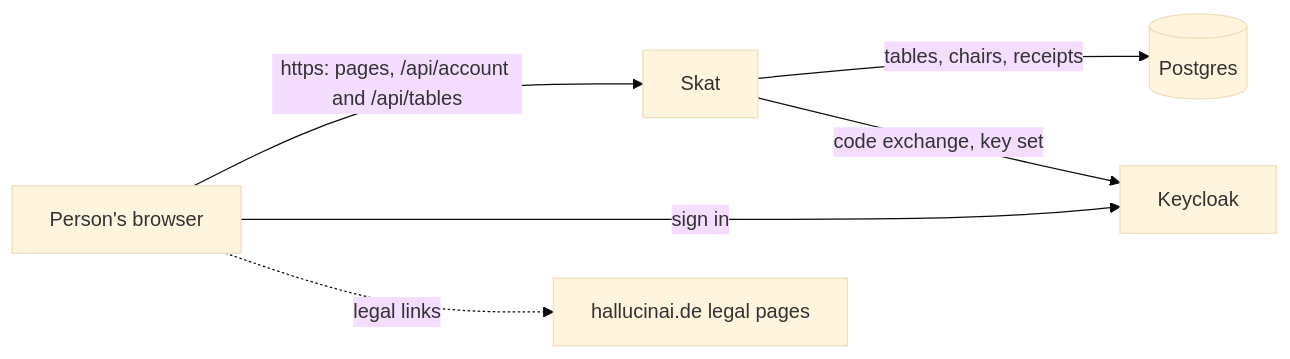
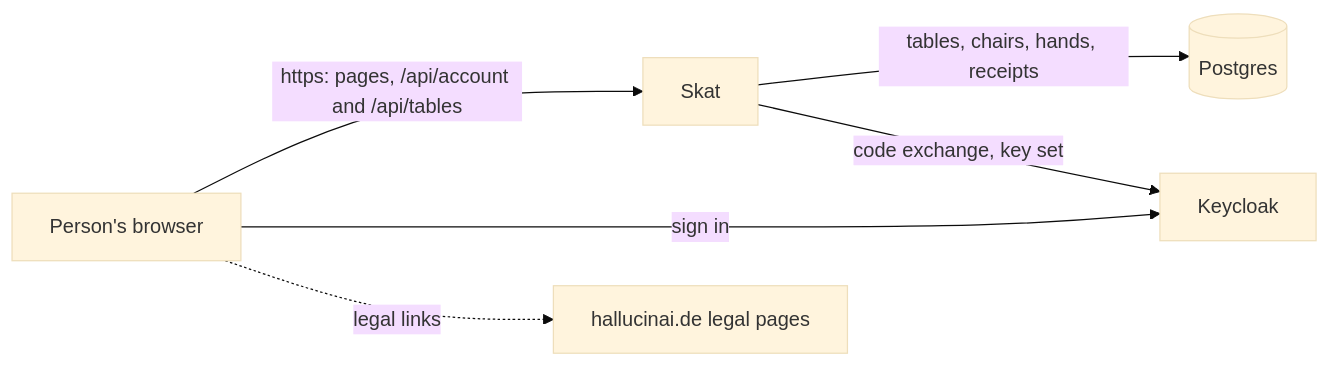
One commit to overnightworks/skat changed the first of 3 diagrams in docs/ARCHITECTURE.md. Above: the diagram before and after it, drawn with Mermaid (base theme). The commit also changed other lines of this file and 13 other files, not shown here.

````diff
--- a/docs/ARCHITECTURE.md
+++ b/docs/ARCHITECTURE.md
@@ -7,8 +7,8 @@
 ```mermaid
 flowchart LR
     person["Person's browser"] -->|"https: pages, /api/account and /api/tables"| skat["Skat"]
     person -->|"sign in"| keycloak["Keycloak"]
-    skat -->|"tables, chairs, receipts"| database[("Postgres")]
+    skat -->|"tables, chairs, hands, receipts"| database[("Postgres")]
     skat -->|"code exchange, key set"| keycloak
     person -.->|"legal links"| legal["hallucinai.de legal pages"]
 ```
````
